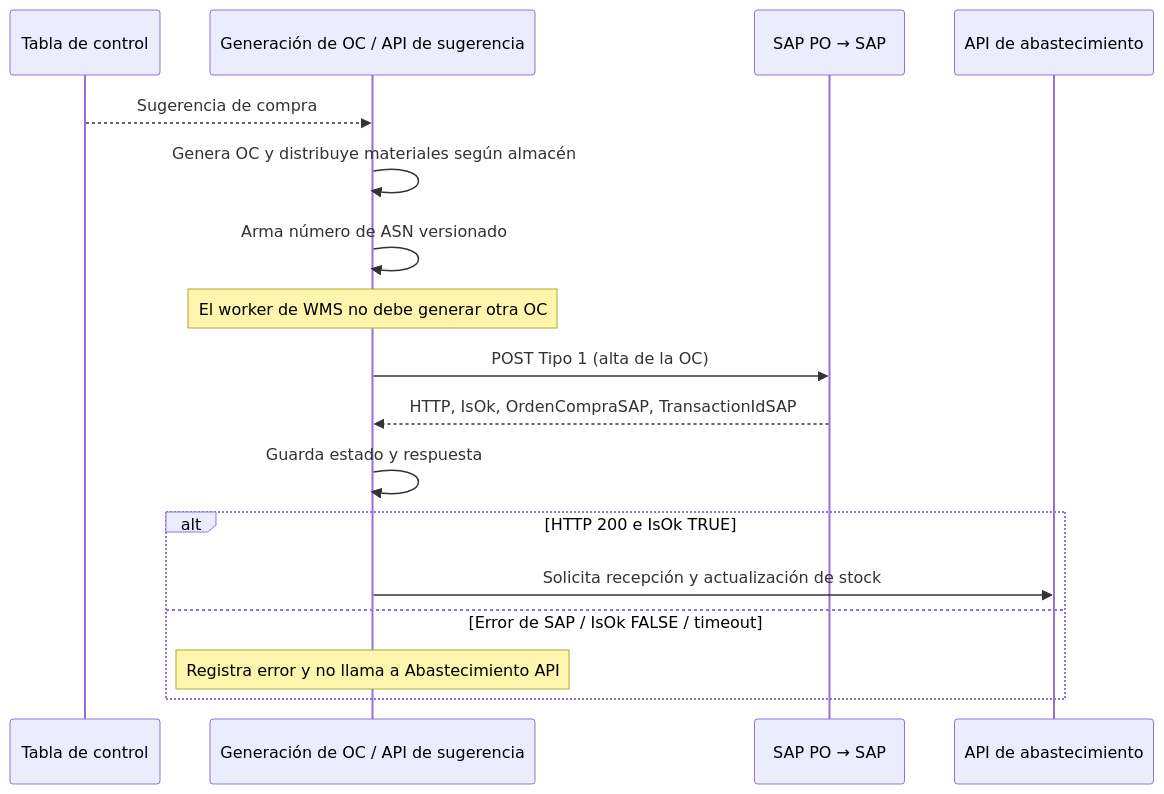
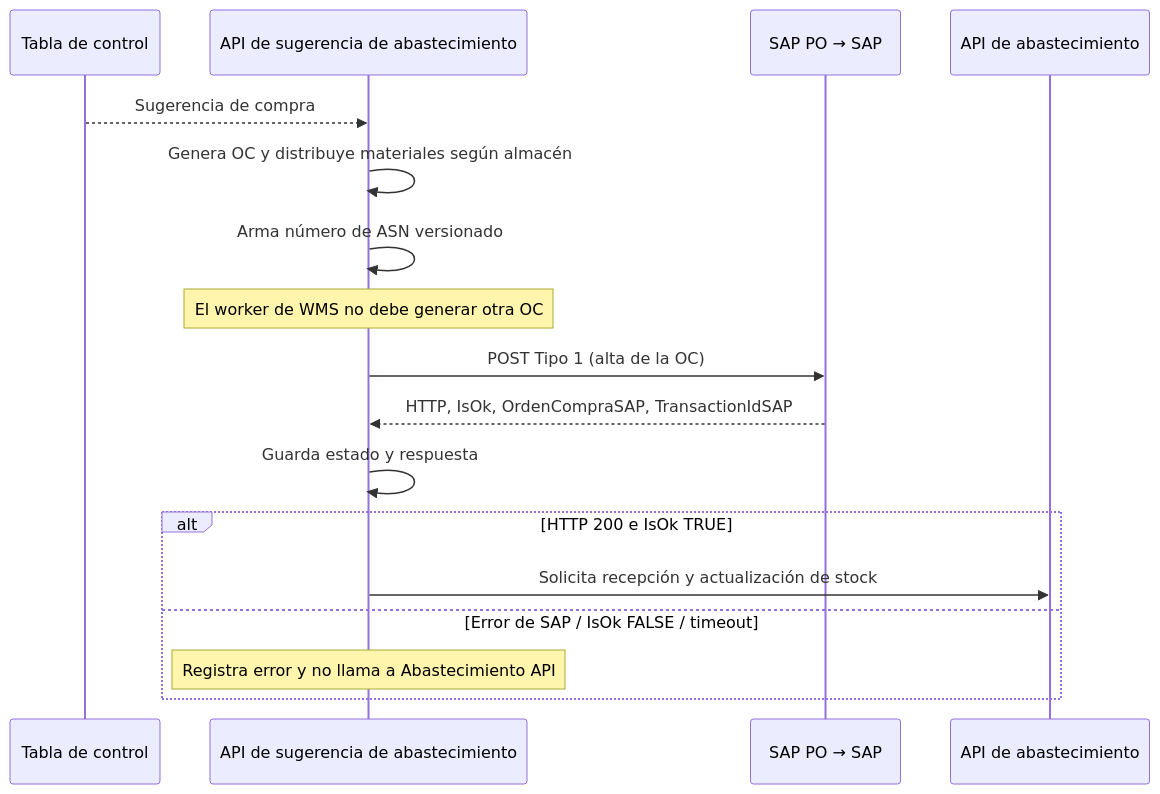
One commit to eblasiAndreani/workspace-operativo changed the second of 2 diagrams in diagrams/facturacion-sap.md. Above: the diagram before and after it, drawn with Mermaid. The commit also changed other lines of this file and 3 other files, not shown here.

Commit message:
Identify suggestion API as purchase flow orchestrator

````diff
--- a/diagrams/facturacion-sap.md
+++ b/diagrams/facturacion-sap.md
@@ -174,20 +174,20 @@
 ```mermaid
 sequenceDiagram
     participant CTRL as Tabla de control
-    participant SUG as Generación de OC / API de sugerencia
+    participant SUG as API de sugerencia de abastecimiento
     participant SAP as SAP PO → SAP
     participant ABA as API de abastecimiento
 
     CTRL-->>SUG: Sugerencia de compra
     SUG->>SUG: Genera OC y distribuye materiales según almacén
     SUG->>SUG: Arma número de ASN versionado
     Note over SUG: El worker de WMS no debe generar otra OC
     SUG->>SAP: POST Tipo 1 (alta de la OC)
     SAP-->>SUG: HTTP, IsOk, OrdenCompraSAP, TransactionIdSAP
     SUG->>SUG: Guarda estado y respuesta
     alt HTTP 200 e IsOk TRUE
         SUG->>ABA: Solicita recepción y actualización de stock
     else Error de SAP / IsOk FALSE / timeout
         Note over SUG: Registra error y no llama a Abastecimiento API
     end
 ```
````
